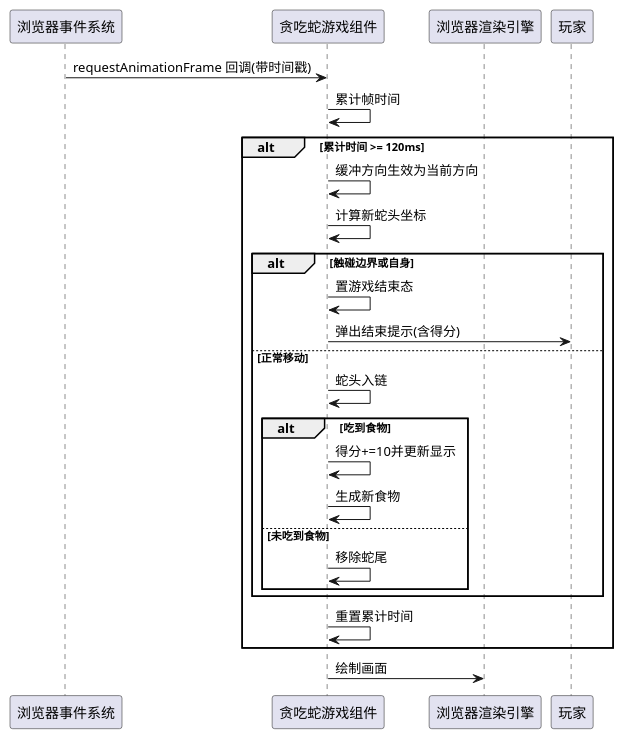
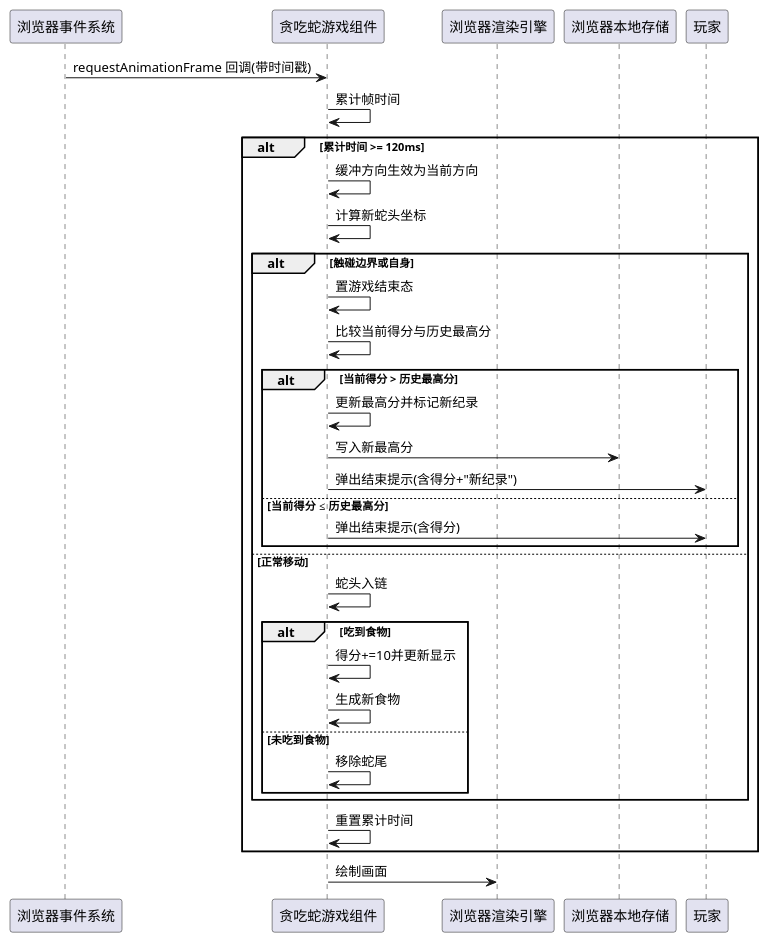
Before and after one commit to coder-w-t/-: the third of 8 diagrams in spec.md, drawn with PlantUML. The commit also changed other lines of this file, not shown here.

````diff
--- a/spec.md
+++ b/spec.md
@@ -152,28 +200,36 @@
 ```plantuml
 @startuml
 participant "浏览器事件系统" as Event
 participant "贪吃蛇游戏组件" as Game
 participant "浏览器渲染引擎" as Render
+participant "浏览器本地存储" as Storage
 
 Event -> Game : requestAnimationFrame 回调(带时间戳)
 Game -> Game : 累计帧时间
 alt 累计时间 >= 120ms
     Game -> Game : 缓冲方向生效为当前方向
     Game -> Game : 计算新蛇头坐标
     alt 触碰边界或自身
         Game -> Game : 置游戏结束态
-        Game -> 玩家 : 弹出结束提示(含得分)
+        Game -> Game : 比较当前得分与历史最高分
+        alt 当前得分 > 历史最高分
+            Game -> Game : 更新最高分并标记新纪录
+            Game -> Storage : 写入新最高分
+            Game -> 玩家 : 弹出结束提示(含得分+"新纪录")
+        else 当前得分 ≤ 历史最高分
+            Game -> 玩家 : 弹出结束提示(含得分)
+        end
     else 正常移动
         Game -> Game : 蛇头入链
         alt 吃到食物
             Game -> Game : 得分+=10并更新显示
             Game -> Game : 生成新食物
         else 未吃到食物
             Game -> Game : 移除蛇尾
         end
     end
     Game -> Game : 重置累计时间
 end
 Game -> Render : 绘制画面
 @enduml
 ```
````
